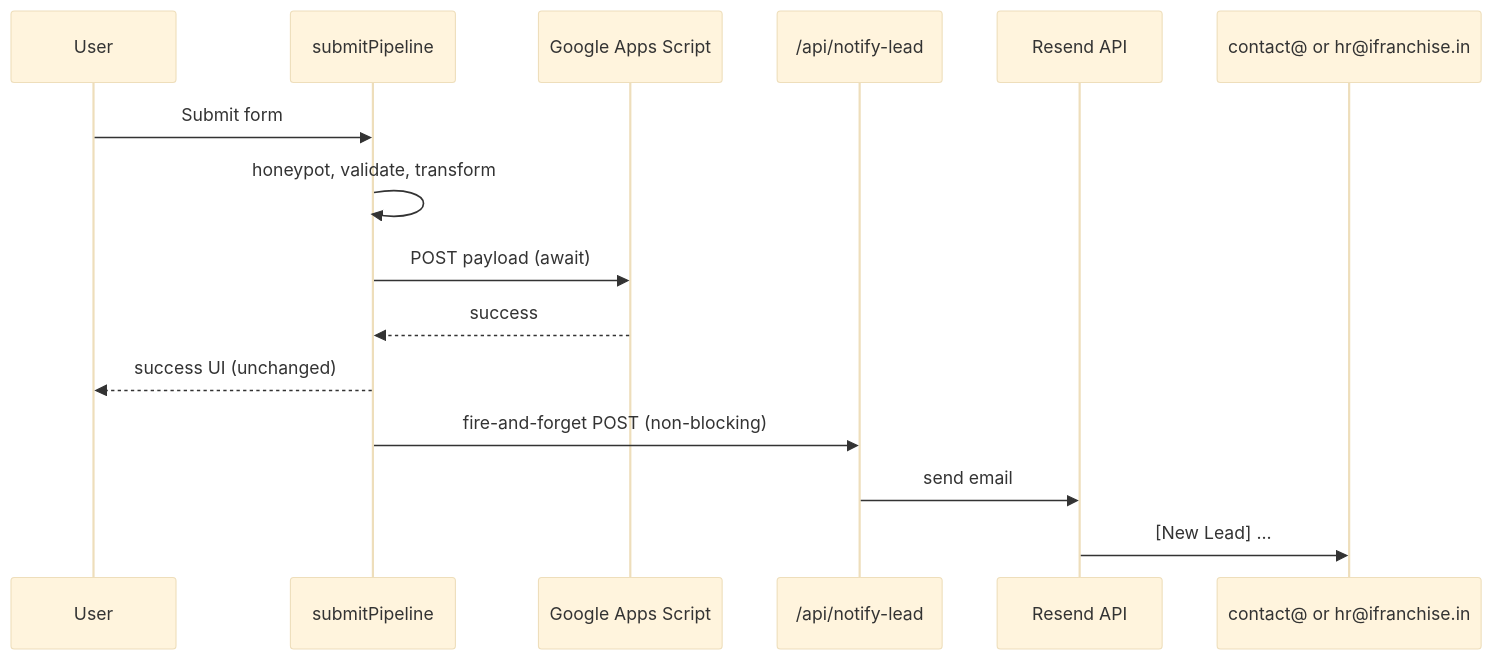
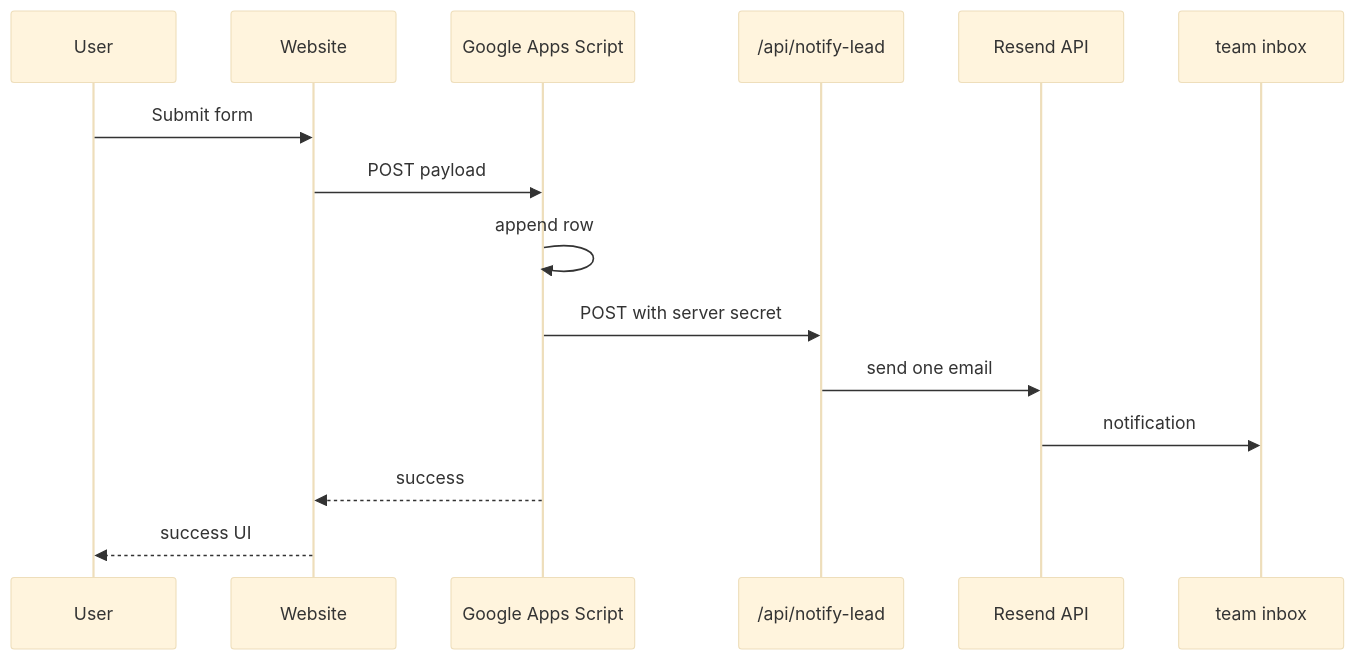
Before and after one commit to sumanth-com/iFranchise: the diagram in docs/LEAD_NOTIFICATIONS.md, drawn with Mermaid (base theme). The commit also changed other lines of this file and 6 other files, not shown here.

Commit message:
Fix server-side lead email notifications

````diff
--- a/docs/LEAD_NOTIFICATIONS.md
+++ b/docs/LEAD_NOTIFICATIONS.md
@@ -7,18 +7,18 @@
 ```mermaid
 sequenceDiagram
   participant User
-  participant Pipeline as submitPipeline
+  participant Site as Website
   participant Sheets as Google Apps Script
   participant Notify as /api/notify-lead
   participant Resend as Resend API
-  participant Inbox as contact@ or hr@ifranchise.in
+  participant Inbox as team inbox
 
-  User->>Pipeline: Submit form
-  Pipeline->>Pipeline: honeypot, validate, transform
-  Pipeline->>Sheets: POST payload (await)
-  Sheets-->>Pipeline: success
-  Pipeline-->>User: success UI (unchanged)
-  Pipeline->>Notify: fire-and-forget POST (non-blocking)
-  Notify->>Resend: send email
-  Resend->>Inbox: [New Lead] ...
+  User->>Site: Submit form
+  Site->>Sheets: POST payload
+  Sheets->>Sheets: append row
+  Sheets->>Notify: POST with server secret
+  Notify->>Resend: send one email
+  Resend->>Inbox: notification
+  Sheets-->>Site: success
+  Site-->>User: success UI
 ```
````
